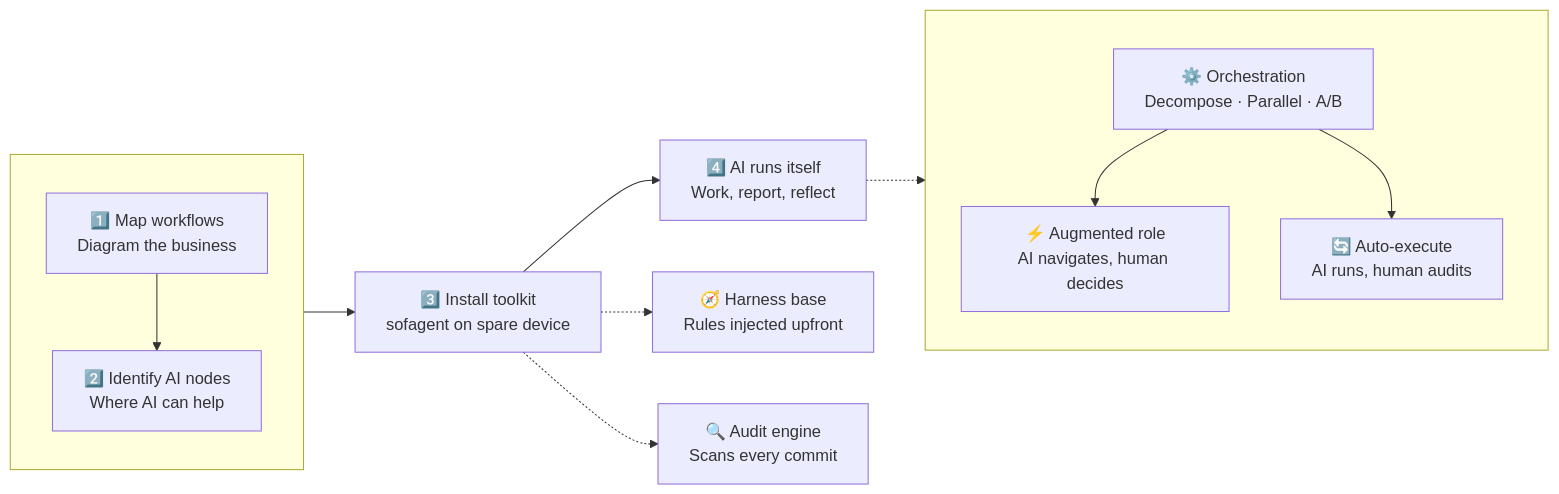
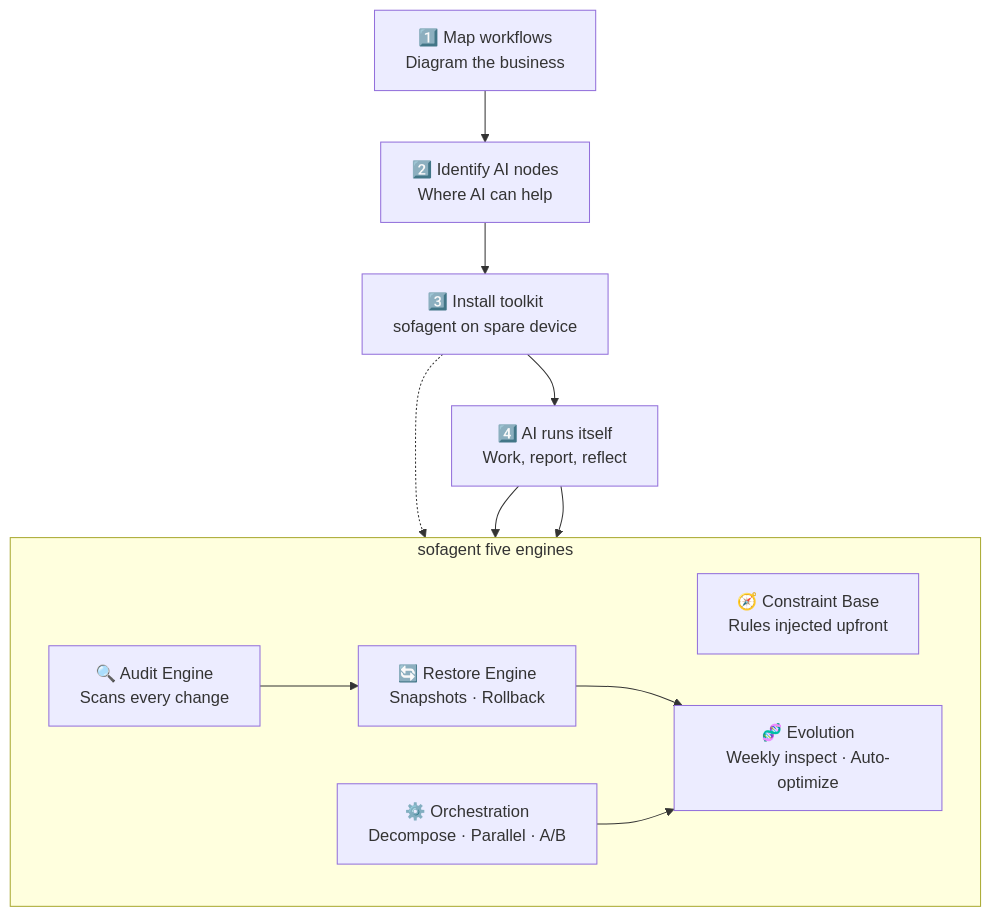
The first of 5 diagrams in README.en.md (KongFangXun/sofagent), drawn with Mermaid before and after one commit. The commit also changed other lines of this file and 9 other files, not shown here.

````diff
--- a/README.en.md
+++ b/README.en.md
@@ -62,26 +87,22 @@
 ```mermaid
-graph LR
-    subgraph identify[" "]
-        direction TB
-        A["1️⃣ Map workflows<br/>Diagram the business"]
-        B["2️⃣ Identify AI nodes<br/>Where AI can help"]
-    end
-
-    A --> B
+graph TB
+    A["1️⃣ Map workflows<br/>Diagram the business"] --> B["2️⃣ Identify AI nodes<br/>Where AI can help"]
     B --> C["3️⃣ Install toolkit<br/>sofagent on spare device"]
     C --> D["4️⃣ AI runs itself<br/>Work, report, reflect"]
 
-    C -.-> E["🧭 Harness base<br/>Rules injected upfront"]
-    C -.-> F["🔍 Audit engine<br/>Scans every commit"]
-
-    subgraph output[" "]
-        direction TB
-        G["⚙️ Orchestration<br/>Decompose · Parallel · A/B"]
-        H["⚡ Augmented role<br/>AI navigates, human decides"]
-        I["🔄 Auto-execute<br/>AI runs, human audits"]
+    subgraph engines["sofagent five engines"]
+        direction LR
+        E["🧭 Constraint Base<br/>Rules injected upfront"]
+        F["🔍 Audit Engine<br/>Scans every change"]
+        G["🔄 Restore Engine<br/>Snapshots · Rollback"]
+        H["⚙️ Orchestration<br/>Decompose · Parallel · A/B"]
+        I["🧬 Evolution<br/>Weekly inspect · Auto-optimize"]
     end
 
-    D -.-> G
-    G --> H
+    C -.-> E
+    D --> F
+    F --> G
+    D --> H
     G --> I
+    H --> I
 ```
````
